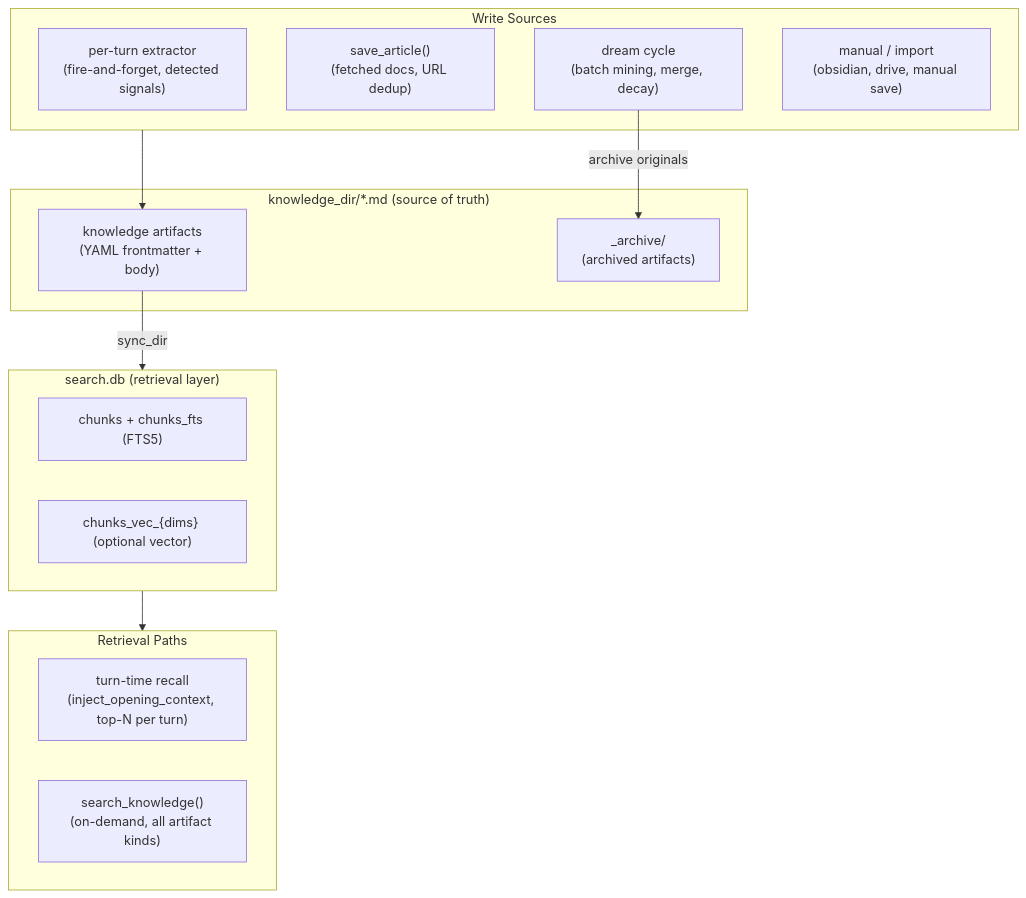
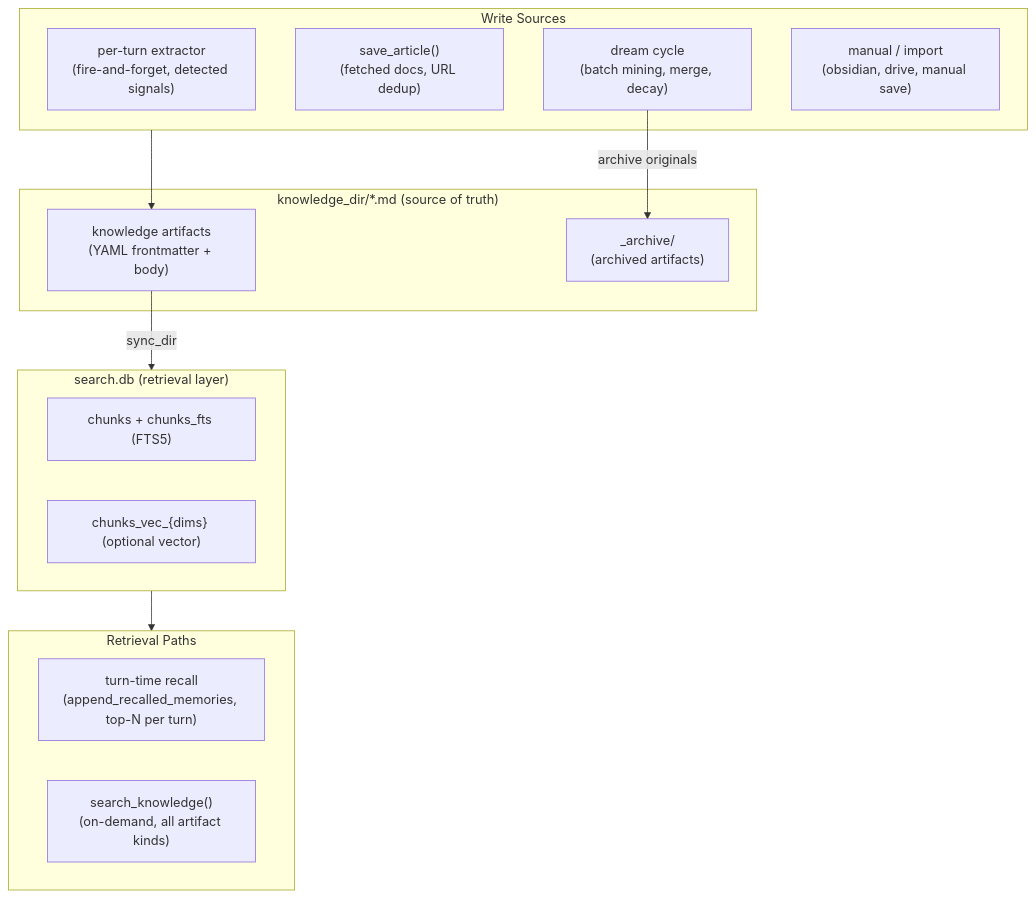
One commit to binlecode/co-cli changed the diagram in docs/specs/knowledge.md. Above: the diagram before and after it, drawn with Mermaid. The commit also changed other lines of this file and 18 other files, not shown here.

````diff
--- a/docs/specs/knowledge.md
+++ b/docs/specs/knowledge.md
@@ -37,29 +37,29 @@
 ```mermaid
 flowchart TD
     subgraph Disk["knowledge_dir/*.md (source of truth)"]
         Artifacts["knowledge artifacts\n(YAML frontmatter + body)"]
         Archive["_archive/\n(archived artifacts)"]
     end
 
     subgraph DB["search.db (retrieval layer)"]
         Chunks["chunks + chunks_fts (FTS5)"]
         ChunksVec["chunks_vec_{dims} (optional vector)"]
     end
 
     subgraph Retrieval["Retrieval Paths"]
-        TurnRecall["turn-time recall\n(inject_opening_context, top-N per turn)"]
+        TurnRecall["turn-time recall\n(append_recalled_memories, top-N per turn)"]
         ExplicitSearch["search_knowledge()\n(on-demand, all artifact kinds)"]
     end
 
     subgraph Sources["Write Sources"]
         Extractor["per-turn extractor\n(fire-and-forget, detected signals)"]
         SaveArticle["save_article()\n(fetched docs, URL dedup)"]
         DreamCycle["dream cycle\n(batch mining, merge, decay)"]
         ManualWrite["manual / import\n(obsidian, drive, manual save)"]
     end
 
     Sources --> Artifacts
     Artifacts -->|sync_dir| DB
     DreamCycle -->|archive originals| Archive
     DB --> Retrieval
 ```
````
